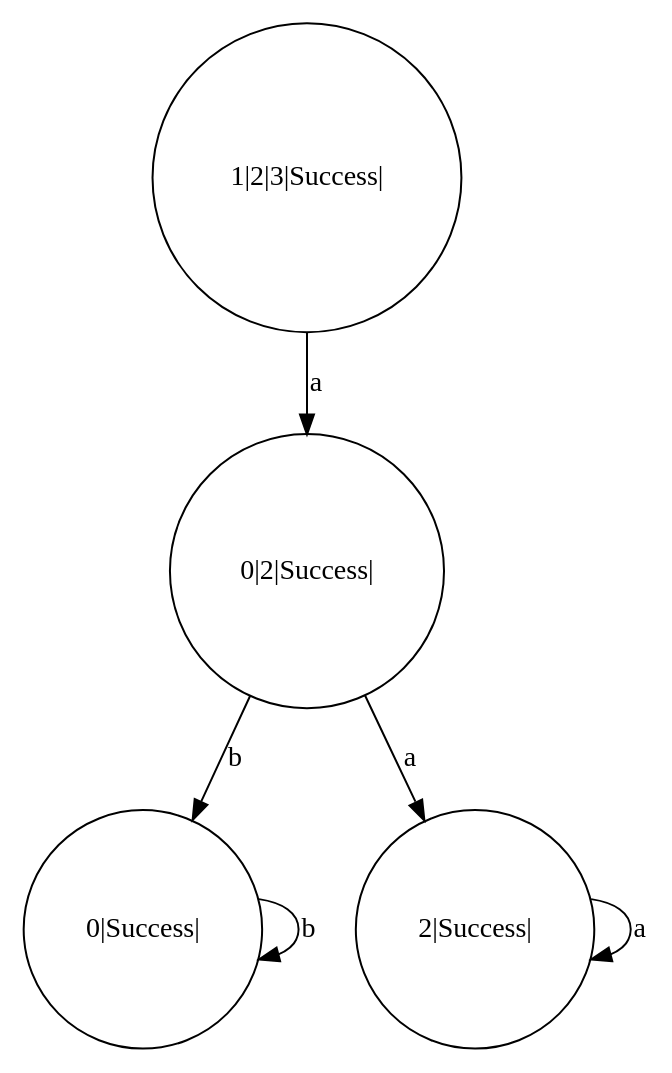
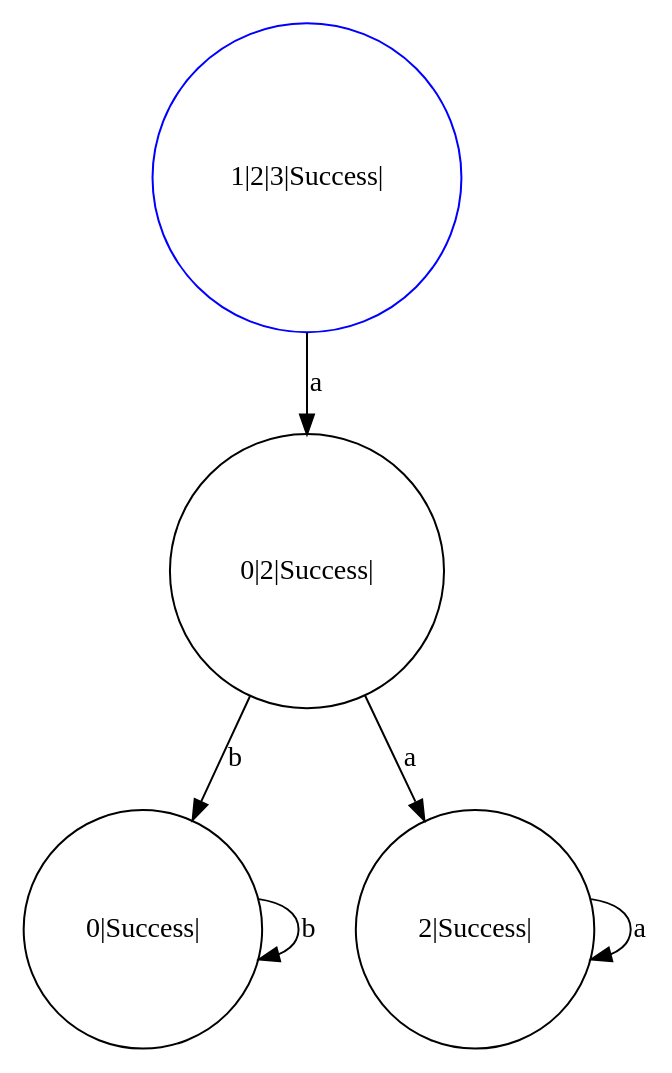
Before and after one commit to ayanamists/MyRegEngine: the diagram in MyRegEngine/bin/Debug/netcoreapp3.1/TestCaseD4.dot, drawn with Graphviz. The commit also changed 55 other files, not shown here.

```diff
--- a/MyRegEngine/bin/Debug/netcoreapp3.1/TestCaseD4.dot
+++ b/MyRegEngine/bin/Debug/netcoreapp3.1/TestCaseD4.dot
@@ -1,1 +1,1 @@
-digraph TestCaseD4 { 0 [shape=circle,label="1|2|3|Success|"]; 1 [shape=circle,label="0|2|Success|"]; 2 [shape=circle,label="0|Success|"]; 3 [shape=circle,label="2|Success|"]; 0 -> 1[label="a"]; 1 -> 3[label="a"]; 1 -> 2[label="b"]; 2 -> 2[label="b"]; 3 -> 3[label="a"]; }
+digraph TestCaseD4 { 0 [shape=circle,label="1|2|3|Success|",color="#0000FF"]; 1 [shape=circle,label="0|2|Success|",color="#000000"]; 2 [shape=circle,label="0|Success|",color="#000000"]; 3 [shape=circle,label="2|Success|",color="#000000"]; 0 -> 1[label="a"]; 1 -> 3[label="a"]; 1 -> 2[label="b"]; 2 -> 2[label="b"]; 3 -> 3[label="a"]; }
```
